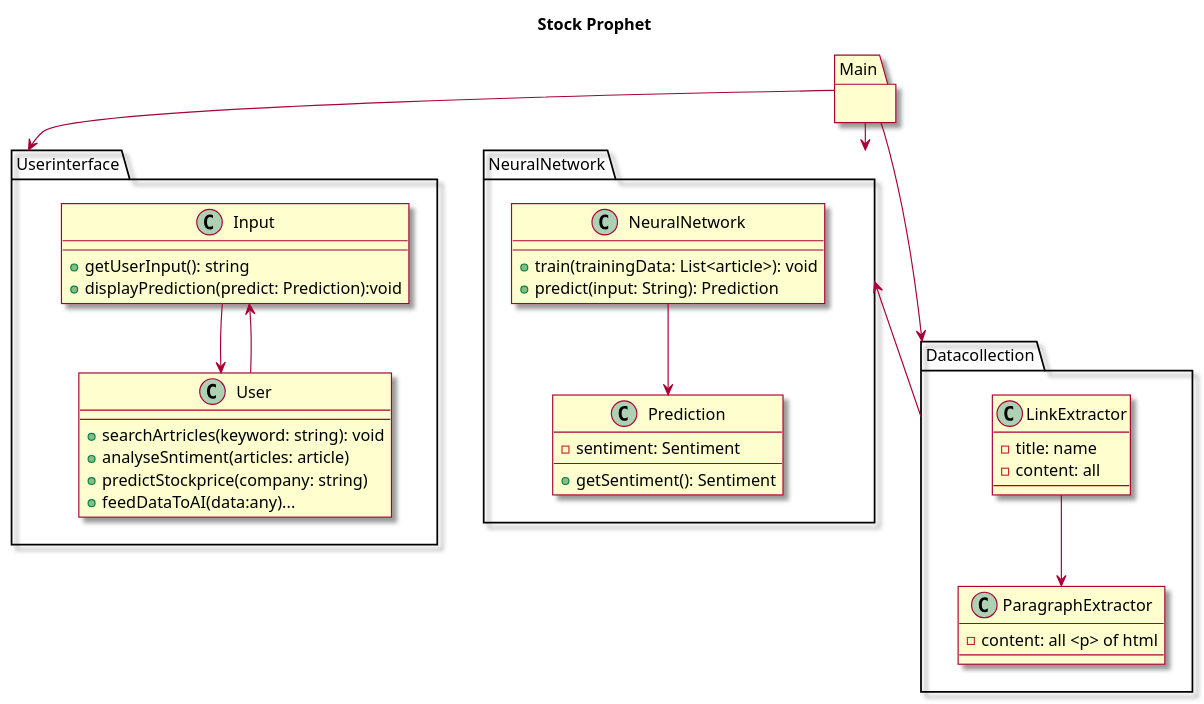
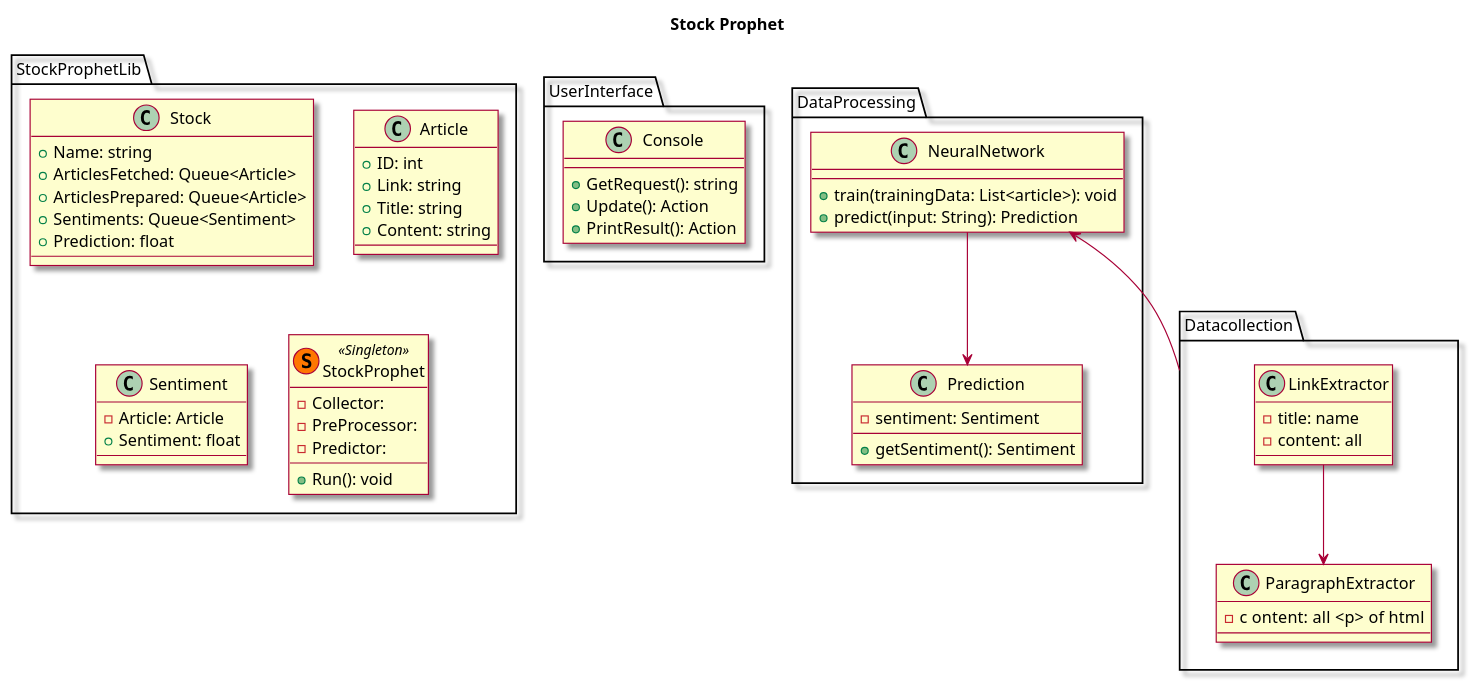
The diagram in doc/classDiagram.plantuml (Ifi-Softwareentwicklung-SoSe2023/TUBAF_SE-Project_StockProphet), drawn with PlantUML before and after one commit.

Commit message:
Refactor classDiagram.plantuml; Unfinished!

```diff
--- a/doc/classDiagram.plantuml
+++ b/doc/classDiagram.plantuml
@@ -1,58 +1,96 @@
 @startuml Project Model Class Diagram
 
 skin rose
 
 title Stock Prophet
 
 
-package Main{
+package StockProphetLib {
+    class Stock {
+        +Name: string
+        +ArticlesFetched: Queue<Article>
+        +ArticlesPrepared: Queue<Article>
+        +Sentiments: Queue<Sentiment>
+        +Prediction: float
+    }
 
-}
-package Userinterface{
-class Input{
-  +getUserInput(): string
-  +displayPrediction(predict: Prediction):void
-}
-class User{
-  +searchArtricles(keyword: string): void
-  +analyseSntiment(articles: article)
-  +predictStockprice(company: string)
-  +feedDataToAI(data:any)...
-  
-}
-Input --> User
-User --> Input
+    class Article {
+        +ID: int
+        +Link: string
+        +Title: string
+        +Content: string
+    }
+
+    class Sentiment {
+        -Article: Article
+        +Sentiment: float
+    }
+
+    class StockProphet << (S,#FF7700) Singleton >> {
+        -Collector: 
+        -PreProcessor:
+        -Predictor:
+        +Run(): void
+    }
 }
 
 
-package NeuralNetwork{
-class NeuralNetwork{
-  +train(trainingData: List<article>): void
-  +predict(input: String): Prediction
-
-}
-class Prediction{
-  -sentiment: Sentiment
-  +getSentiment(): Sentiment
-
-}
-NeuralNetwork --> Prediction
-}
-package Datacollection{
-  class LinkExtractor{
-  -title: name
-  -content: all 
-}
-class ParagraphExtractor{
-  -content: all <p> of html
+package UserInterface{
+    /'
+    class Input{
+        +getUserInput(): string
+        +displayPrediction(predict: Prediction):void
+    }
+    class User{
+        +searchArtricles(keyword: string): void
+        +analyseSntiment(articles: article)
+        +predictStockprice(company: string)
+        +feedDataToAI(data:any)...    
+    }
+    Input --> User
+    User --> Input
+    '/
+    
+    class Console {
+        +GetRequest(): string
+        +Update(): Action
+        +PrintResult(): Action
+    }
 }
 
-LinkExtractor --> ParagraphExtractor
+
+package DataProcessing{
+    class NeuralNetwork{
+        +train(trainingData: List<article>): void
+        +predict(input: String): Prediction
+    }
+
+    class Prediction{
+        -sentiment: Sentiment
+        +getSentiment(): Sentiment
+    }
+
+    NeuralNetwork --> Prediction
 }
 
+package Datacollection{
+    class LinkExtractor{
+        -title: name
+        -content: all 
+    }
+
+    class ParagraphExtractor{
+        -c  ontent: all <p> of html
+    }
+
+    LinkExtractor --> ParagraphExtractor
+}
+
+/'
 Main --> Userinterface
 Main --> NeuralNetwork
 Main --> Datacollection
+'/
 NeuralNetwork <-- Datacollection
 
 @enduml
```
